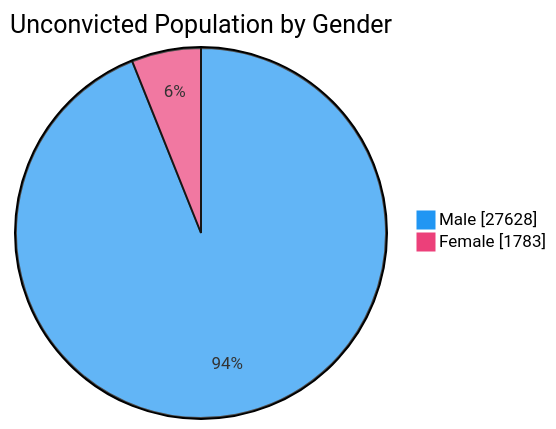
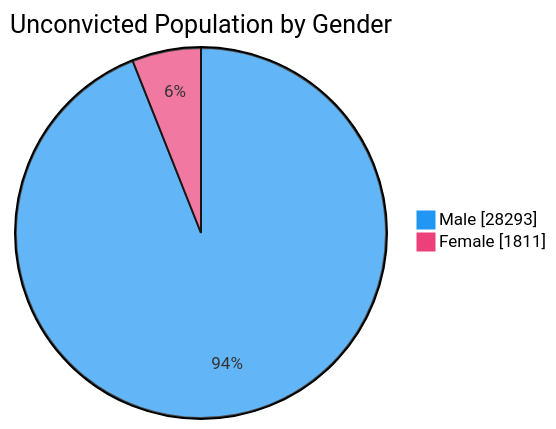
Before and after one commit to nuuuwan/lk_prisons: the fourth of 7 diagrams in README.md, drawn with Mermaid. The commit also changed other lines of this file and 1 other file, not shown here.

````diff
--- a/README.md
+++ b/README.md
@@ -76,6 +76,6 @@
 ```mermaid
 %%{init: {'themeVariables': {'pie1': '#2196F3', 'pie2': '#EC407A'}}}%%
 pie showData title Unconvicted Population by Gender
-    "Male" : 27628
-    "Female" : 1783
+    "Male" : 28293
+    "Female" : 1811
 ```
````
